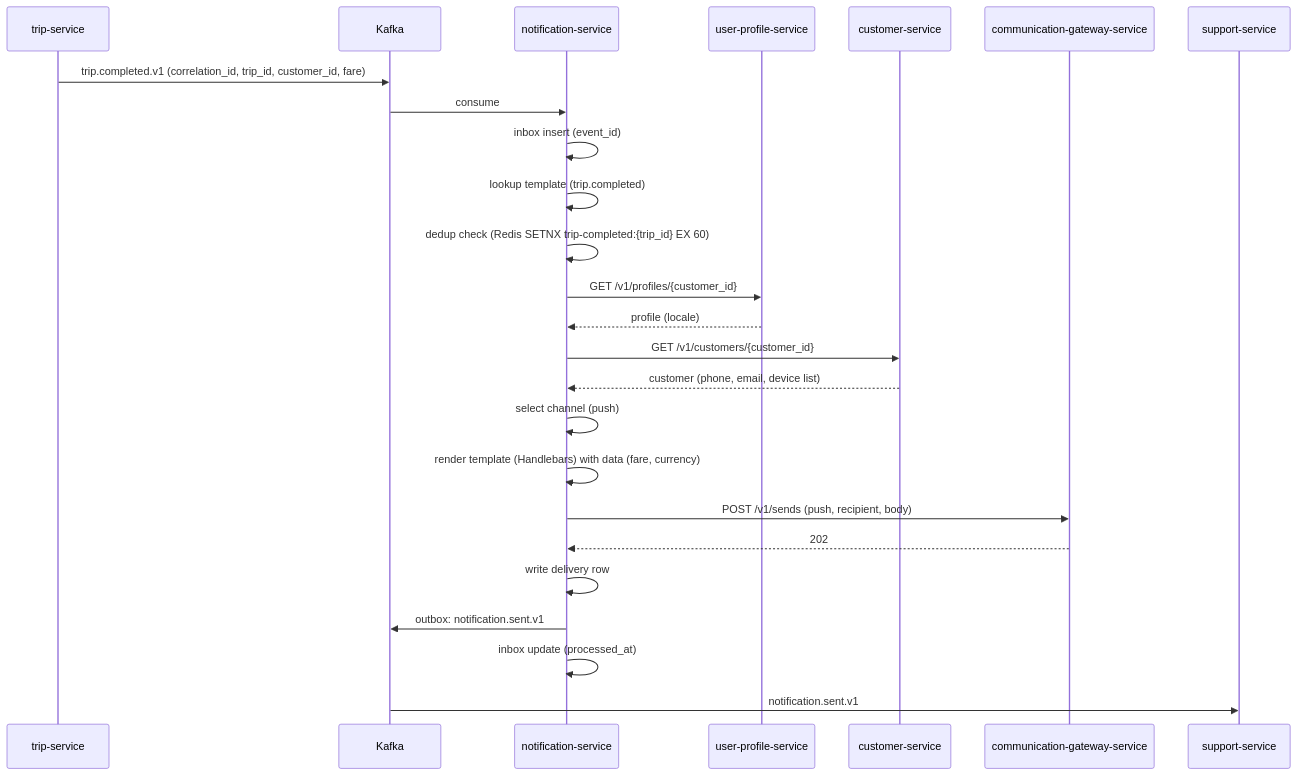
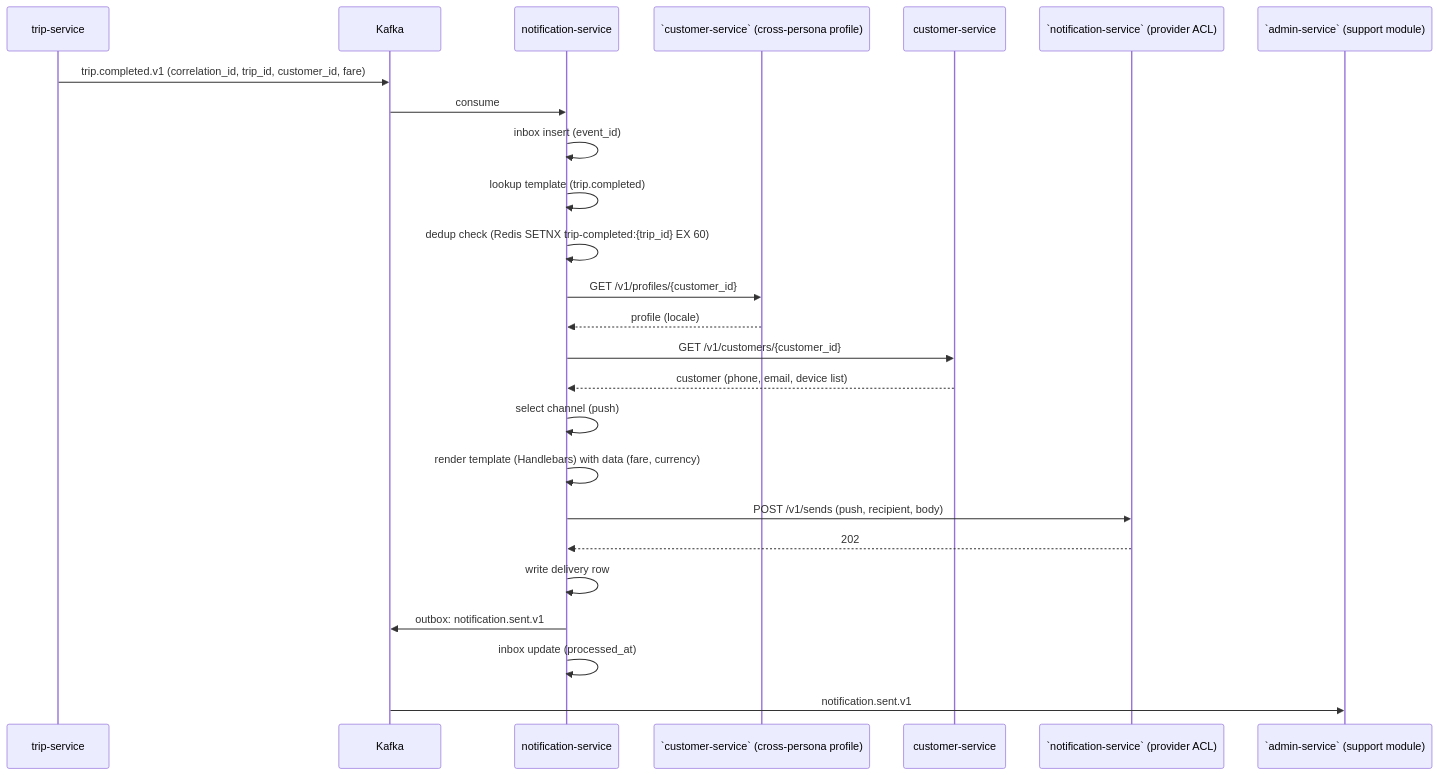
Before and after one commit to mohamedhabibwork/trips-enjoy-docs: the third of 15 diagrams in docs/services/notification-service/WORKFLOWS.md, drawn with Mermaid. The commit also changed other lines of this file and 525 other files, not shown here.

````diff
--- a/docs/services/notification-service/WORKFLOWS.md
+++ b/docs/services/notification-service/WORKFLOWS.md
@@ -199,28 +199,28 @@
 ```mermaid
 sequenceDiagram
     participant TP as trip-service
     participant K as Kafka
     participant N as notification-service
-    participant U as user-profile-service
+    participant U as `customer-service` (cross-persona profile)
     participant C as customer-service
-    participant CG as communication-gateway-service
-    participant SUP as support-service
+    participant CG as `notification-service` (provider ACL)
+    participant SUP as `admin-service` (support module)
 
     TP->>K: trip.completed.v1 (correlation_id, trip_id, customer_id, fare)
     K->>N: consume
     N->>N: inbox insert (event_id)
     N->>N: lookup template (trip.completed)
     N->>N: dedup check (Redis SETNX trip-completed:{trip_id} EX 60)
     N->>U: GET /v1/profiles/{customer_id}
     U-->>N: profile (locale)
     N->>C: GET /v1/customers/{customer_id}
     C-->>N: customer (phone, email, device list)
     N->>N: select channel (push)
     N->>N: render template (Handlebars) with data (fare, currency)
     N->>CG: POST /v1/sends (push, recipient, body)
     CG-->>N: 202
     N->>N: write delivery row
     N->>K: outbox: notification.sent.v1
     N->>N: inbox update (processed_at)
     K->>SUP: notification.sent.v1
 ```
````
